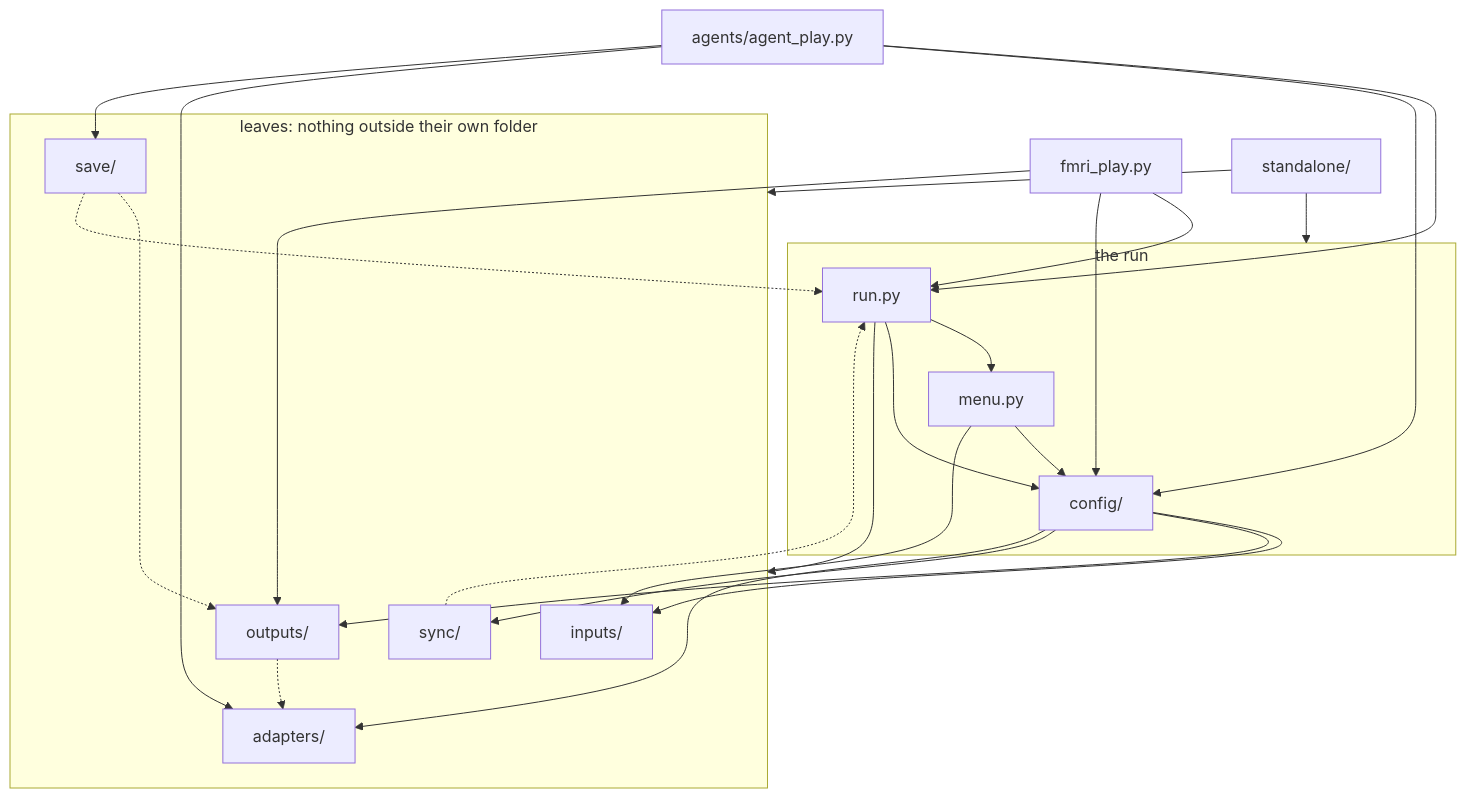
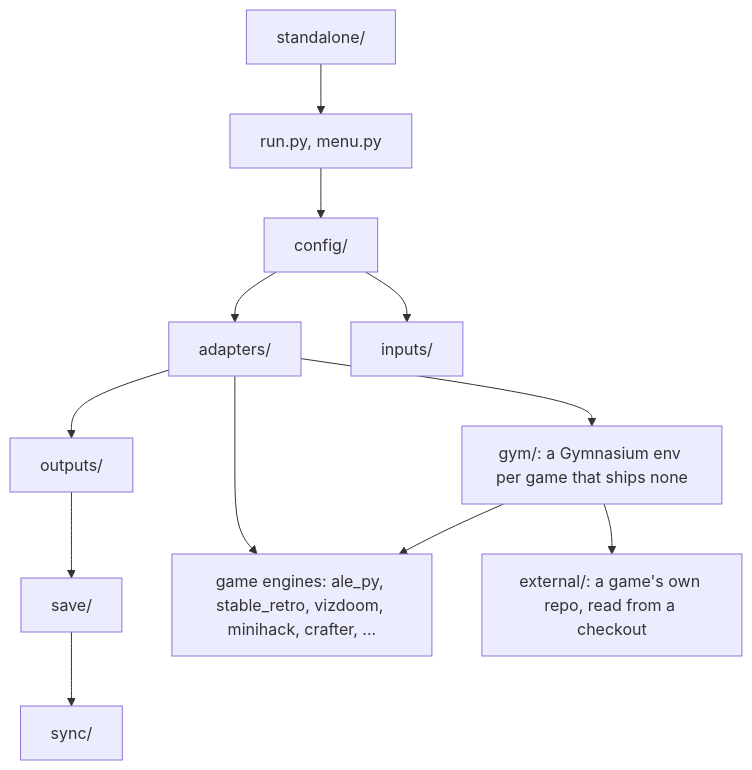
One commit to tomov/fmri-gym changed the first of 2 diagrams in docs/DEPENDENCIES.md. Above: the diagram before and after it, drawn with Mermaid. The commit also changed other lines of this file and 8 other files, not shown here.

````diff
--- a/docs/DEPENDENCIES.md
+++ b/docs/DEPENDENCIES.md
@@ -15,45 +5,14 @@
 ```mermaid
-flowchart TB
-    fmri_play["fmri_play.py"]
-    agents["agents/agent_play.py"]
-    standalone["standalone/"]
-
-    subgraph runlayer["the run"]
-        run["run.py"]
-        menu["menu.py"]
-        config["config/"]
-    end
-
-    subgraph leaves["leaves: nothing outside their own folder"]
-        inputs["inputs/"]
-        outputs["outputs/"]
-        sync["sync/"]
-        save["save/"]
-        adapters["adapters/"]
-    end
-
-    standalone --> runlayer
-    standalone --> leaves
-    fmri_play --> run
-    fmri_play --> config
-    fmri_play --> outputs
-    agents --> run
-    agents --> config
-    agents --> adapters
-    agents --> save
-
-    run --> menu
-    run --> config
-    menu --> config
-    run --> leaves
-    menu --> inputs
-    config --> inputs
-    config --> outputs
-    config --> sync
-    config --> adapters
-
-    outputs -.-> adapters
-    save -.-> outputs
-    save -.-> run
-    sync -.-> run
+flowchart TD
+    standalone["standalone/"] --> runLayer["run.py, menu.py"]
+    runLayer --> config["config/"]
+    config --> adapters["adapters/"]
+    adapters --> outputs["outputs/"]
+    outputs --> save["save/"]
+    save --> sync["sync/"]
+    config --> inputs["inputs/"]
+    adapters --> engines["game engines: ale_py, stable_retro, vizdoom, minihack, crafter, ..."]
+    adapters --> gymenvs["gym/: a Gymnasium env per game that ships none"]
+    gymenvs --> engines
+    gymenvs --> external["external/: a game's own repo, read from a checkout"]
 ```
````
